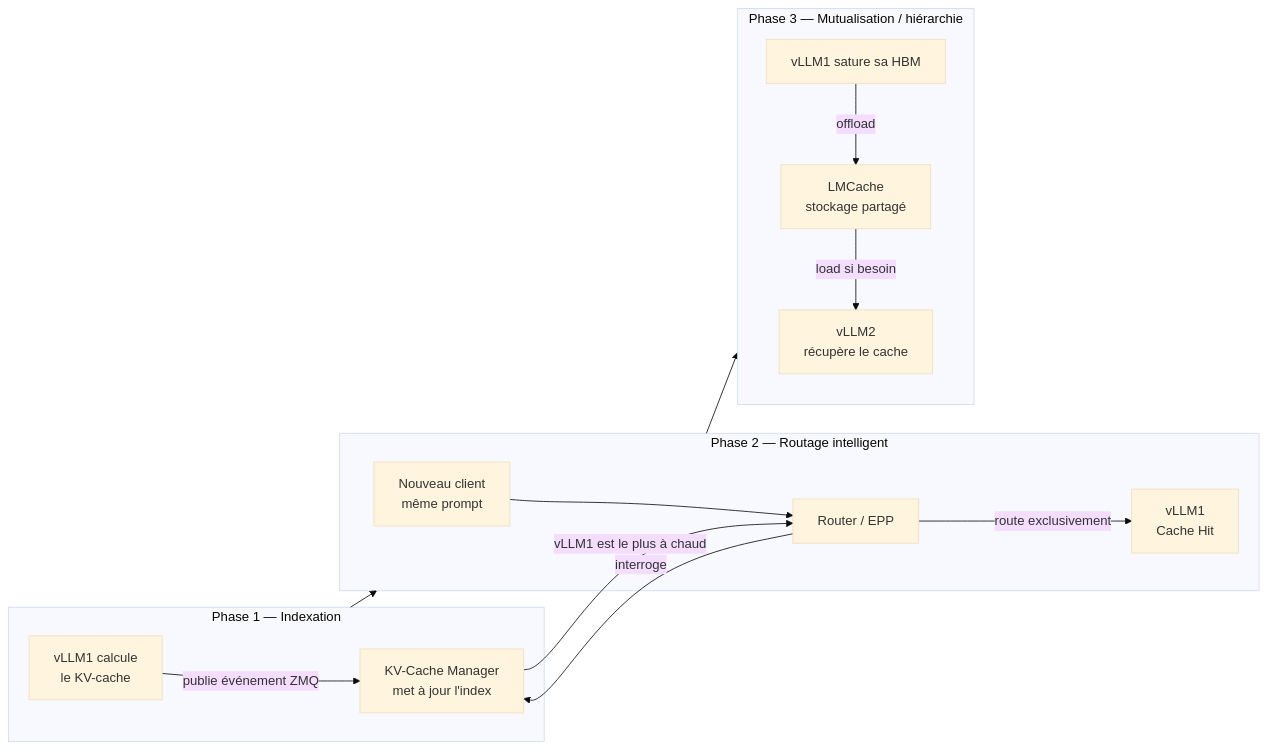
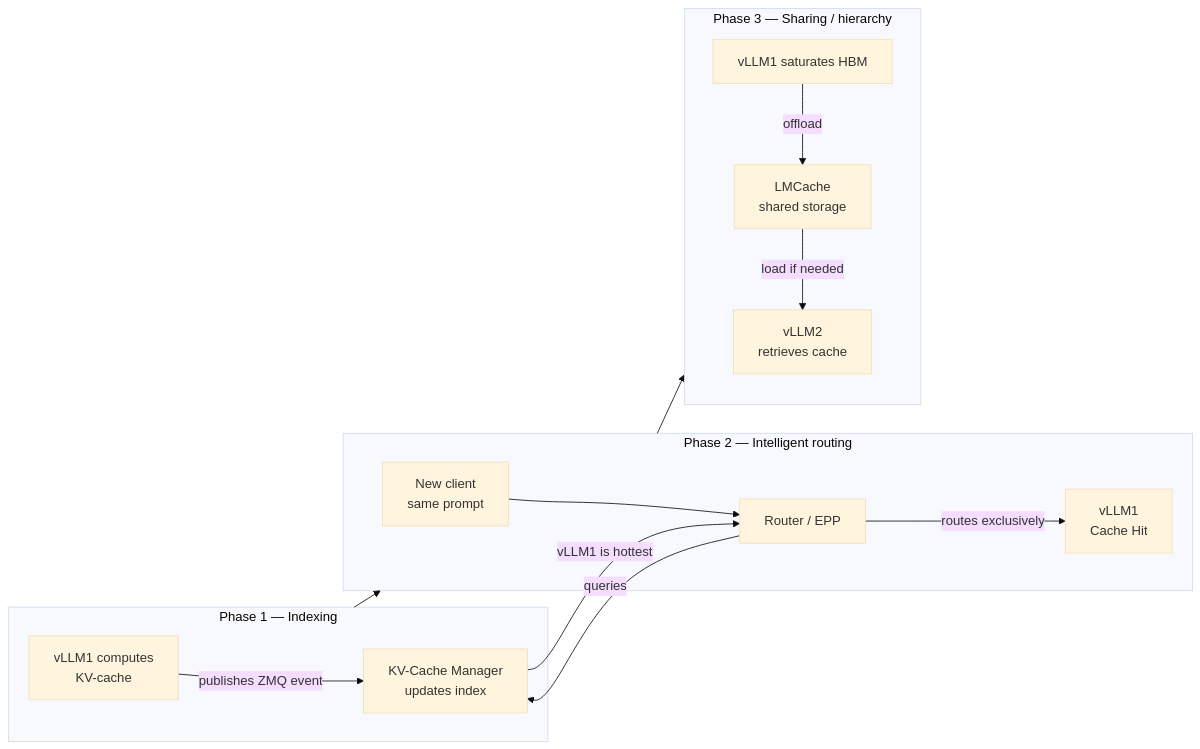
Before and after one commit to ADORSYS-GIS/Custom-Ai-Ops: diagram 14 of 26 in docs/explain/llm-d.md, drawn with Mermaid (base theme). The commit also changed other lines of this file, not shown here.

Commit message:
feat(Custom-AI-Ops): llm-d explaind and  full implementation

````diff
--- a/docs/explain/llm-d.md
+++ b/docs/explain/llm-d.md
@@ -531,17 +531,17 @@
 ```mermaid
 flowchart LR
-    subgraph Phase1["Phase 1 — Indexation"]
-        V1[vLLM1 calcule<br/>le KV-cache] -->|publie événement ZMQ| KVM1[KV-Cache Manager<br/>met à jour l'index]
+    subgraph Phase1["Phase 1 — Indexing"]
+        V1[vLLM1 computes<br/>KV-cache] -->|publishes ZMQ event| KVM1[KV-Cache Manager<br/>updates index]
     end
-    subgraph Phase2["Phase 2 — Routage intelligent"]
-        C2[Nouveau client<br/>même prompt] --> R2[Router / EPP]
-        R2 -->|interroge| KVM1
-        KVM1 -->|"vLLM1 est le plus à chaud"| R2
-        R2 -->|route exclusivement| V1b[vLLM1<br/>Cache Hit]
+    subgraph Phase2["Phase 2 — Intelligent routing"]
+        C2[New client<br/>same prompt] --> R2[Router / EPP]
+        R2 -->|queries| KVM1
+        KVM1 -->|"vLLM1 is hottest"| R2
+        R2 -->|routes exclusively| V1b[vLLM1<br/>Cache Hit]
     end
-    subgraph Phase3["Phase 3 — Mutualisation / hiérarchie"]
-        V1c[vLLM1 sature sa HBM] -->|offload| LMC3[LMCache<br/>stockage partagé]
-        LMC3 -->|load si besoin| V2b[vLLM2<br/>récupère le cache]
+    subgraph Phase3["Phase 3 — Sharing / hierarchy"]
+        V1c[vLLM1 saturates HBM] -->|offload| LMC3[LMCache<br/>shared storage]
+        LMC3 -->|load if needed| V2b[vLLM2<br/>retrieves cache]
     end
     Phase1 --> Phase2 --> Phase3
 ```
````
